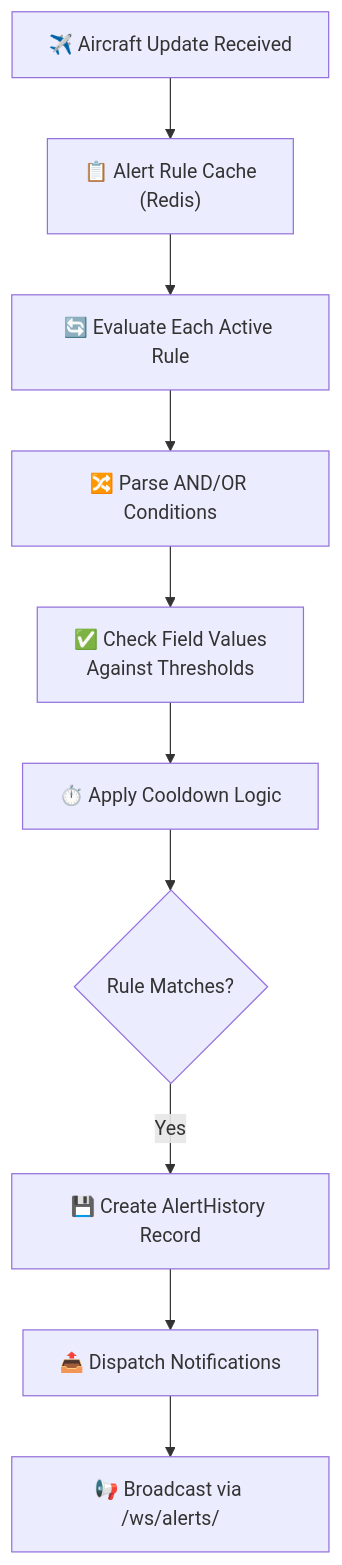
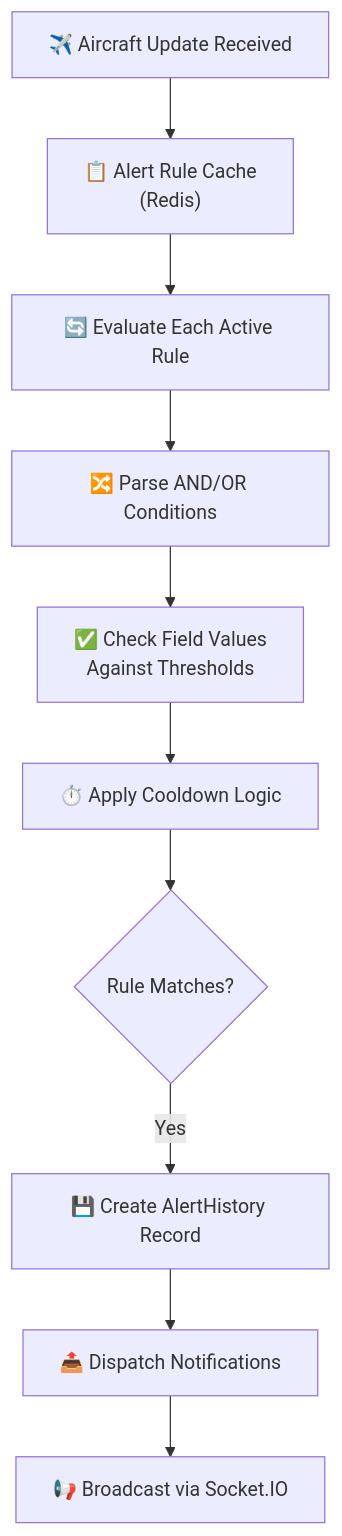
The fourth of 4 diagrams in docs/01-overview.md (CHA0S-CORP/SkySpy), drawn with Mermaid before and after one commit. The commit also changed other lines of this file and 66 other files, not shown here.

````diff
--- a/docs/01-overview.md
+++ b/docs/01-overview.md
@@ -290,14 +290,14 @@
 ```mermaid
 flowchart TD
     A["✈️ Aircraft Update Received"] --> B["📋 Alert Rule Cache<br/>(Redis)"]
     B --> C["🔄 Evaluate Each Active Rule"]
 
     C --> D["🔀 Parse AND/OR Conditions"]
     D --> E["✅ Check Field Values<br/>Against Thresholds"]
     E --> F["⏱️ Apply Cooldown Logic"]
 
     F --> G{"Rule Matches?"}
     G -->|Yes| H["💾 Create AlertHistory Record"]
     H --> I["📤 Dispatch Notifications"]
-    I --> J["📢 Broadcast via /ws/alerts/"]
+    I --> J["📢 Broadcast via Socket.IO"]
 ```
````
